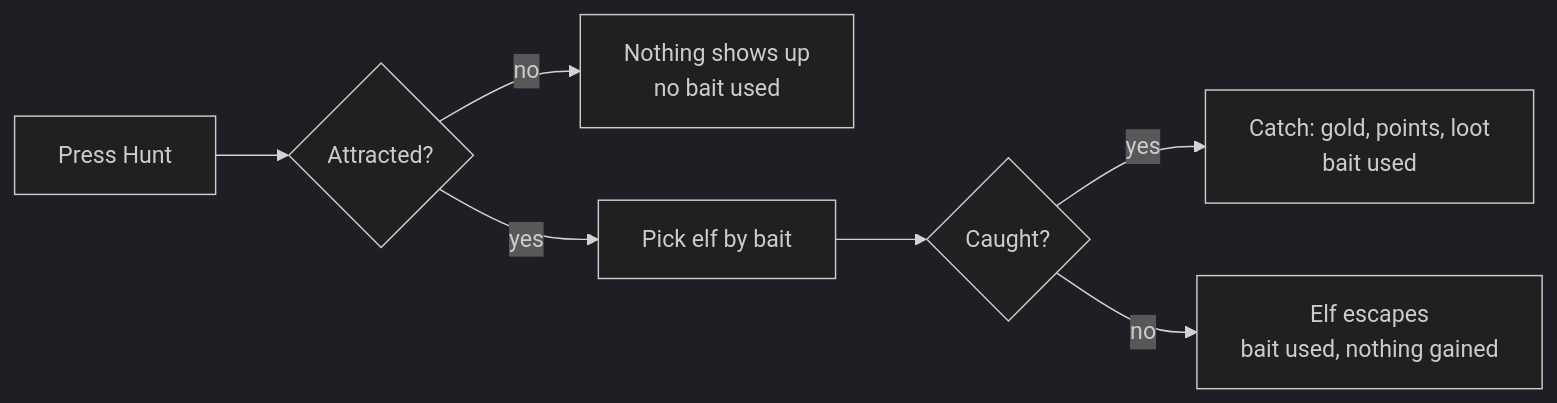
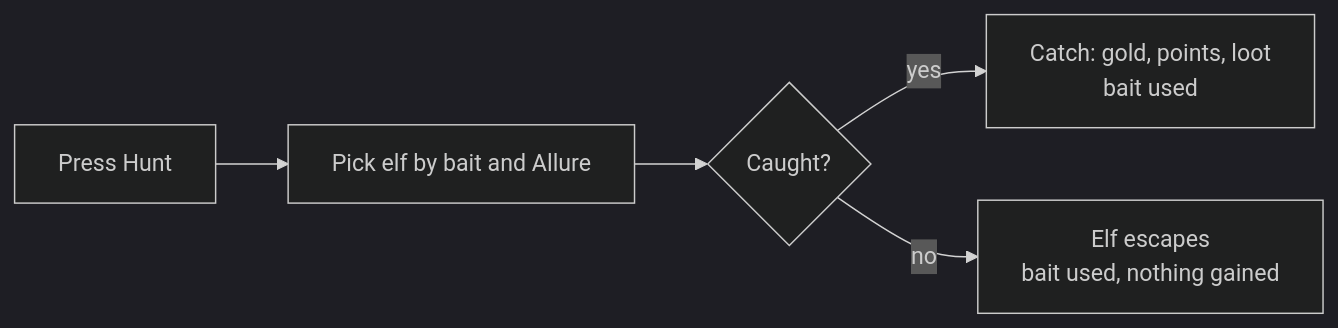
The diagram in docs/PLAN.md (cheesezilla/naughty-list), drawn with Mermaid (dark theme) before and after one commit. The commit also changed other lines of this file and 13 other files, not shown here.

First line of the commit message:
Allure: every hunt meets an elf; attraction scales rare, mini boss and boss odds

````diff
--- a/docs/PLAN.md
+++ b/docs/PLAN.md
@@ -100,8 +101,6 @@
 ```mermaid
 flowchart LR
-  H[Press Hunt] --> A{Attracted?}
-  A -- no --> Q[Nothing shows up<br/>no bait used]
-  A -- yes --> P[Pick elf by bait] --> C{Caught?}
+  H[Press Hunt] --> P[Pick elf by bait and Allure] --> C{Caught?}
   C -- yes --> W[Catch: gold, points, loot<br/>bait used]
   C -- no --> E[Elf escapes<br/>bait used, nothing gained]
 ```
````
